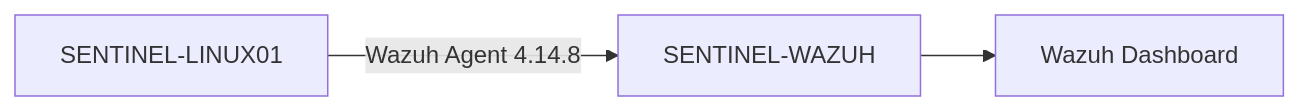
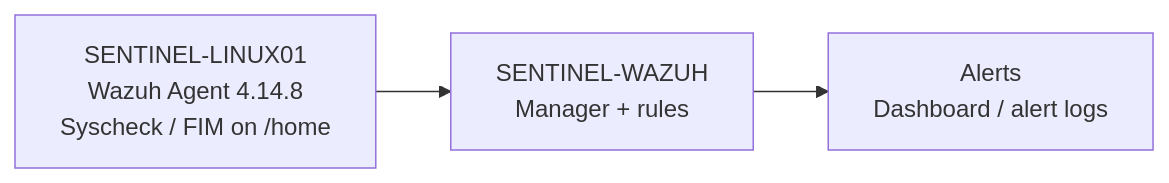
Before and after one commit to andyydz/sentinel-soc-lab: the third of 4 diagrams in docs/03-architecture.md, drawn with Mermaid. The commit also changed other lines of this file, not shown here.

````diff
--- a/docs/03-architecture.md
+++ b/docs/03-architecture.md
@@ -201,5 +121,5 @@
 ```mermaid
 flowchart LR
-    L[SENTINEL-LINUX01] -->|Wazuh Agent 4.14.8| W[SENTINEL-WAZUH]
-    W --> D[Wazuh Dashboard]
+    L["SENTINEL-LINUX01<br/>Wazuh Agent 4.14.8<br/>Syscheck / FIM on /home"] --> W["SENTINEL-WAZUH<br/>Manager + rules"]
+    W --> A["Alerts<br/>Dashboard / alert logs"]
 ```
````
